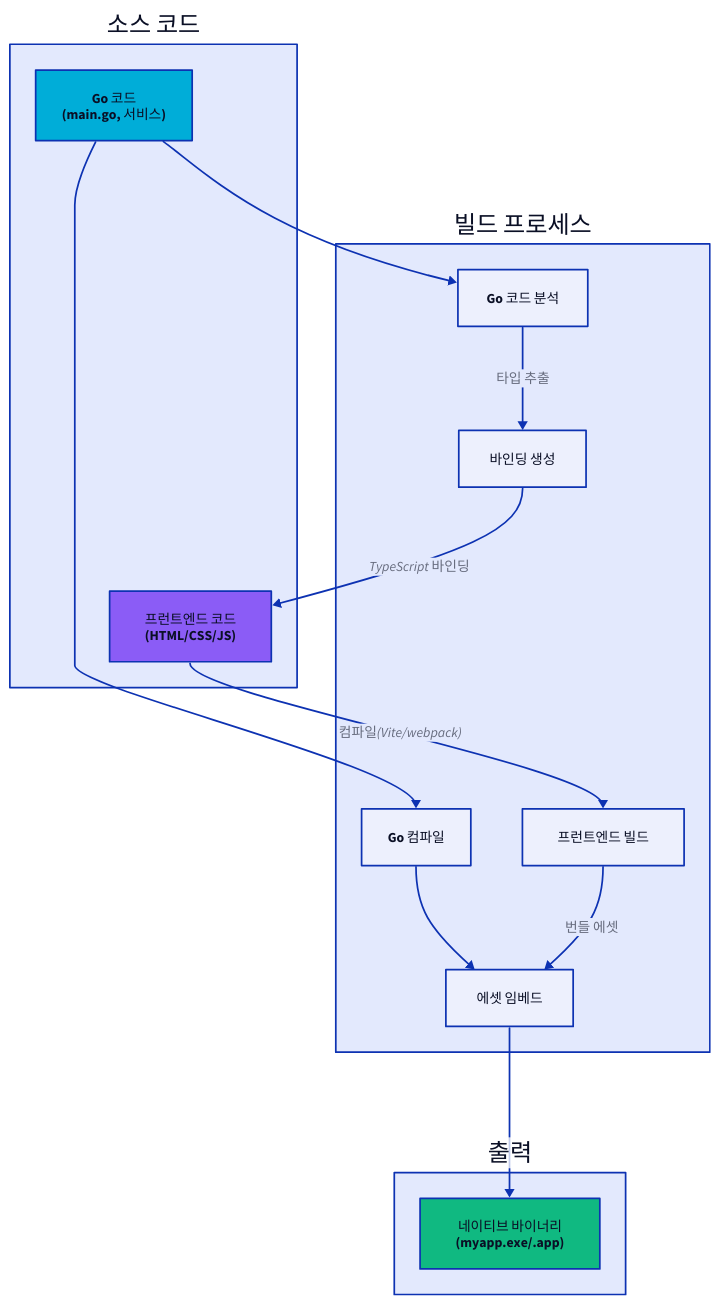
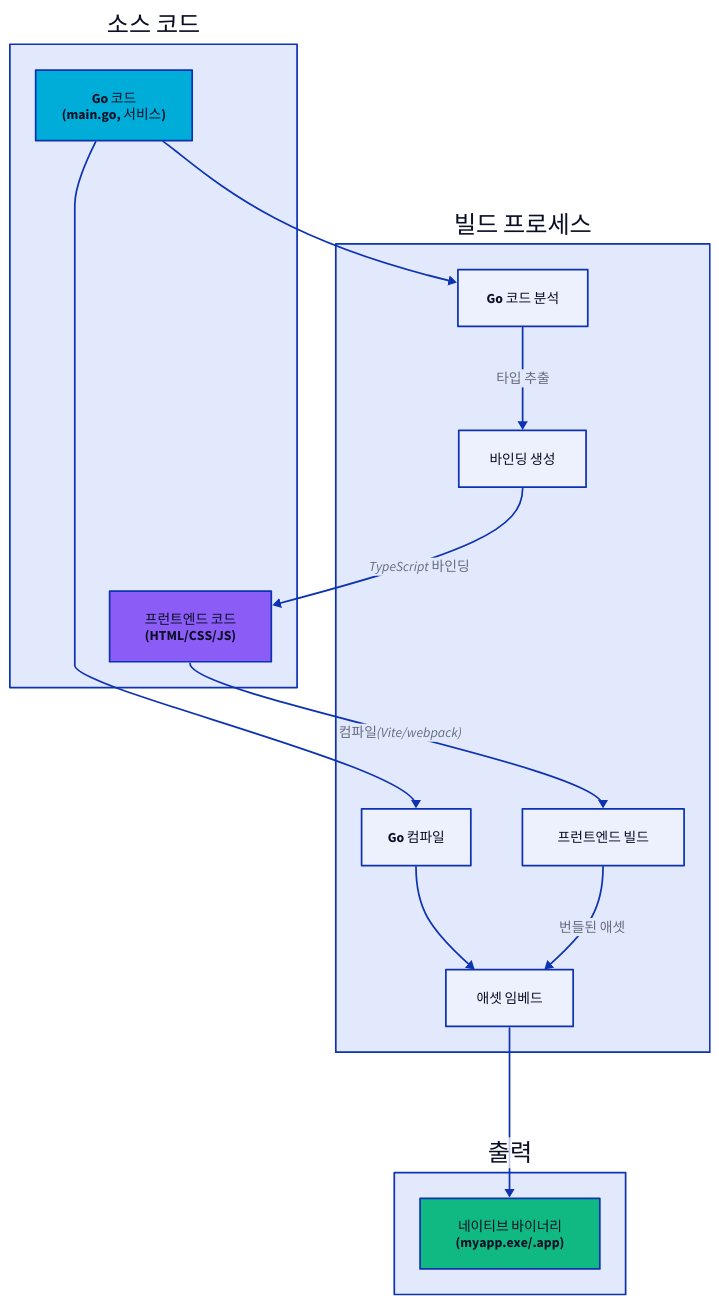
One commit to wailsapp/wails changed the fifth of 8 diagrams in docs/mpress/content/ko/concepts/architecture.md. Above: the diagram before and after it, drawn with D2. The commit also changed other lines of this file and 1096 other files, not shown here.

````diff
--- a/docs/mpress/content/ko/concepts/architecture.md
+++ b/docs/mpress/content/ko/concepts/architecture.md
@@ -343,53 +343,53 @@
 ```d2
 direction: down
 
 Source: 소스 코드 {
   Go: "Go 코드\n(main.go, 서비스)" {
     shape: rectangle
     style.fill: "#00ADD8"
   }
 
   Frontend: "프런트엔드 코드\n(HTML/CSS/JS)" {
     shape: rectangle
     style.fill: "#8B5CF6"
   }
 }
 
 Build: 빌드 프로세스 {
   AnalyseGo: Go 코드 분석 {
     shape: rectangle
   }
 
   GenerateBindings: 바인딩 생성 {
     shape: rectangle
   }
 
   BuildFrontend: 프런트엔드 빌드 {
     shape: rectangle
   }
 
   CompileGo: Go 컴파일 {
     shape: rectangle
   }
 
-  Embed: 에셋 임베드 {
+  Embed: 애셋 임베드 {
     shape: rectangle
   }
 }
 
 Output: 출력 {
   Binary: "네이티브 바이너리\n(myapp.exe/.app)" {
     shape: rectangle
     style.fill: "#10B981"
   }
 }
 
 Source.Go -> Build.AnalyseGo
 Build.AnalyseGo -> Build.GenerateBindings: 타입 추출
 Build.GenerateBindings -> Source.Frontend: TypeScript 바인딩
 Source.Frontend -> Build.BuildFrontend: 컴파일(Vite/webpack)
-Build.BuildFrontend -> Build.Embed: 번들 에셋
+Build.BuildFrontend -> Build.Embed: 번들된 애셋
 Source.Go -> Build.CompileGo
 Build.CompileGo -> Build.Embed
 Build.Embed -> Output.Binary
 ```
````
